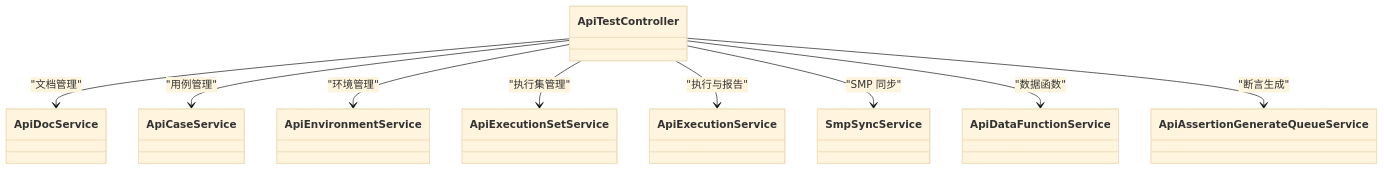
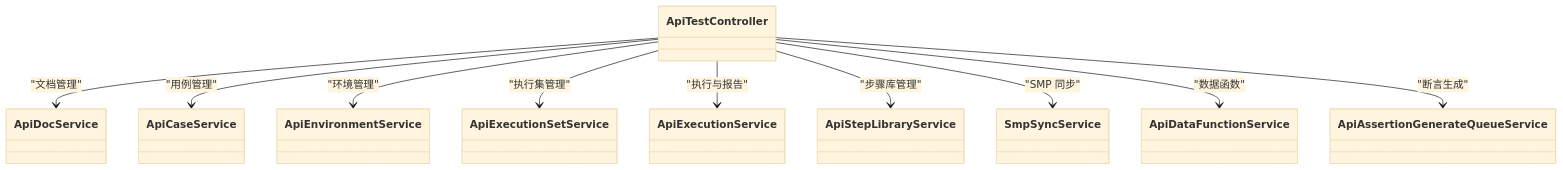
The third of 3 diagrams in .qoder/repowiki/zh/content/API 参考文档/API 测试 API/API 测试 API.md (Lichhu/caseForge), drawn with Mermaid (base theme) before and after one commit. The commit also changed other lines of this file and 8 other files, not shown here.

````diff
--- a/.qoder/repowiki/zh/content/API 参考文档/API 测试 API/API 测试 API.md
+++ b/.qoder/repowiki/zh/content/API 参考文档/API 测试 API/API 测试 API.md
@@ -467,20 +553,22 @@
 ```mermaid
 classDiagram
 class ApiTestController
 class ApiDocService
 class ApiCaseService
 class ApiEnvironmentService
 class ApiExecutionSetService
 class ApiExecutionService
+class ApiStepLibraryService
 class SmpSyncService
 class ApiDataFunctionService
 class ApiAssertionGenerateQueueService
 ApiTestController --> ApiDocService : "文档管理"
 ApiTestController --> ApiCaseService : "用例管理"
 ApiTestController --> ApiEnvironmentService : "环境管理"
 ApiTestController --> ApiExecutionSetService : "执行集管理"
 ApiTestController --> ApiExecutionService : "执行与报告"
+ApiTestController --> ApiStepLibraryService : "步骤库管理"
 ApiTestController --> SmpSyncService : "SMP 同步"
 ApiTestController --> ApiDataFunctionService : "数据函数"
 ApiTestController --> ApiAssertionGenerateQueueService : "断言生成"
 ```
````
